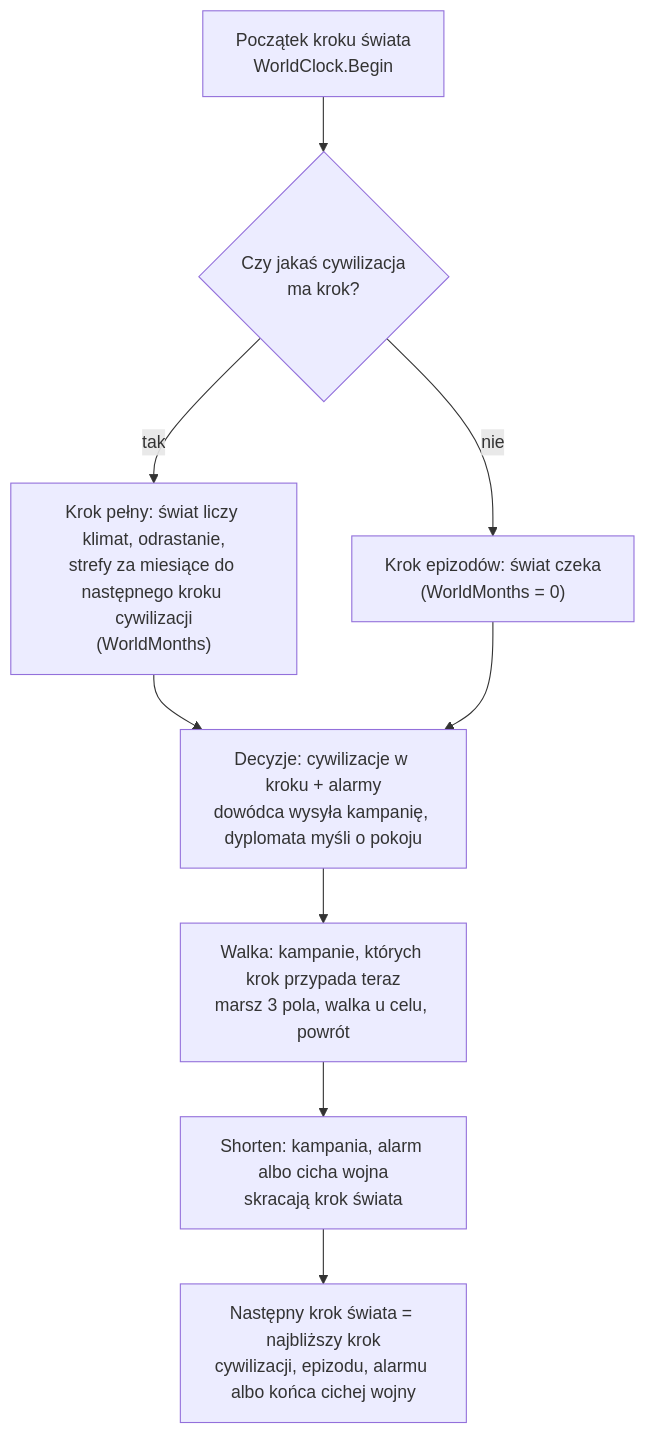
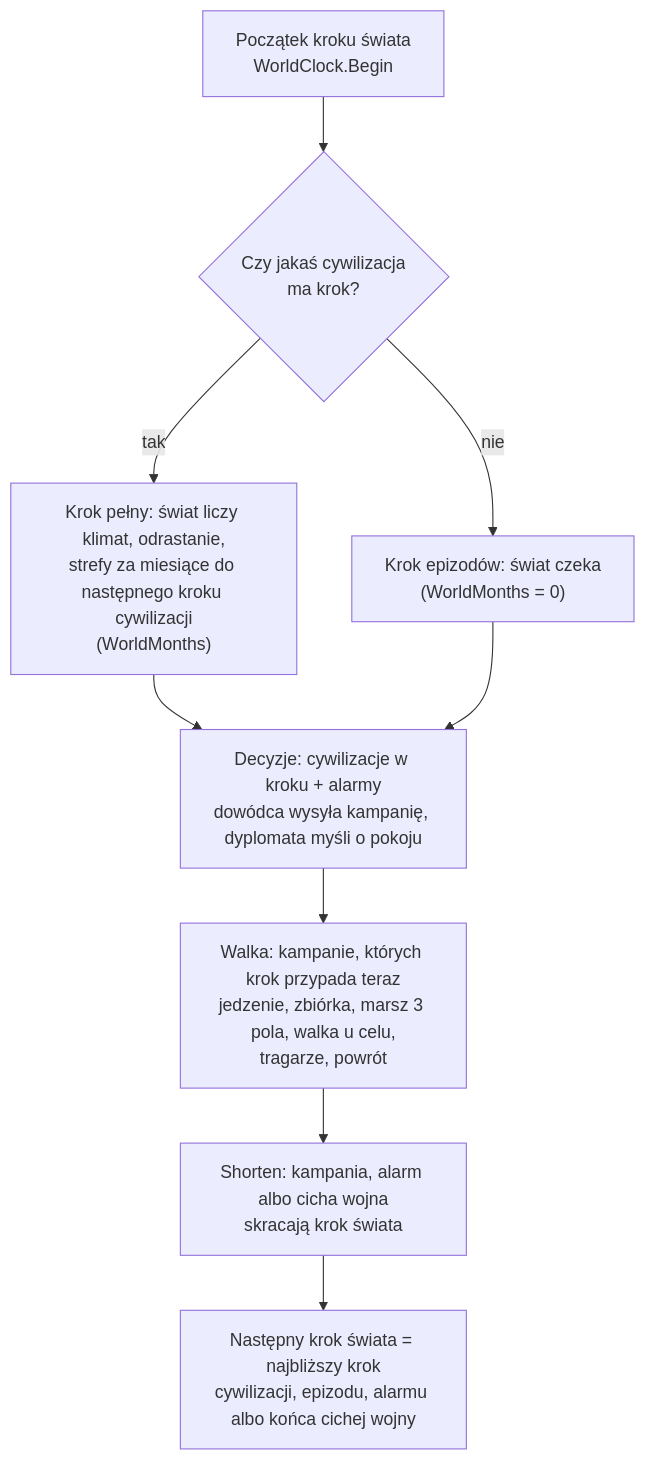
The diagram in docs/systems/episodes.md (CoStellar/CivSim2), drawn with Mermaid before and after one commit. The commit also changed other lines of this file and 10 other files, not shown here.

First line of the commit message:
Stage 4e PR 3: docs, campaign statistics, roadmap

````diff
--- a/docs/systems/episodes.md
+++ b/docs/systems/episodes.md
@@ -16,11 +16,11 @@
 ```mermaid
 flowchart TD
   B["Początek kroku świata<br/>WorldClock.Begin"] --> P{"Czy jakaś cywilizacja<br/>ma krok?"}
   P -- tak --> F["Krok pełny: świat liczy klimat, odrastanie,<br/>strefy za miesiące do następnego kroku cywilizacji<br/>(WorldMonths)"]
   P -- nie --> E["Krok epizodów: świat czeka<br/>(WorldMonths = 0)"]
   F --> D["Decyzje: cywilizacje w kroku + alarmy<br/>dowódca wysyła kampanię, dyplomata myśli o pokoju"]
   E --> D
-  D --> C["Walka: kampanie, których krok przypada teraz<br/>marsz 3 pola, walka u celu, powrót"]
+  D --> C["Walka: kampanie, których krok przypada teraz<br/>jedzenie, zbiórka, marsz 3 pola, walka u celu,<br/>tragarze, powrót"]
   C --> S["Shorten: kampania, alarm albo cicha wojna<br/>skracają krok świata"]
   S --> N["Następny krok świata = najbliższy krok<br/>cywilizacji, epizodu, alarmu albo końca cichej wojny"]
 ```
````
